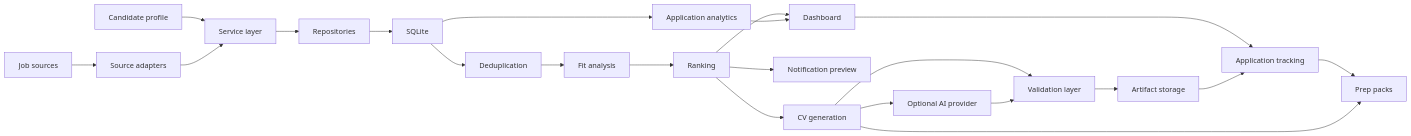
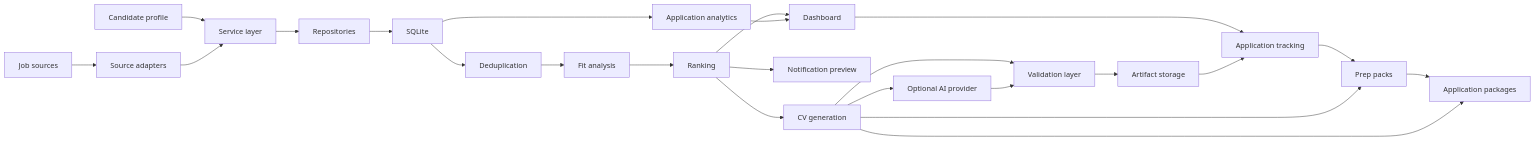
One commit to de-himanshu19/AI_JOB_HUNT_PLATFORM changed the diagram in docs/ARCHITECTURE.md. Above: the diagram before and after it, drawn with Mermaid. The commit also changed other lines of this file and 11 other files, not shown here.

````diff
--- a/docs/ARCHITECTURE.md
+++ b/docs/ARCHITECTURE.md
@@ -9,24 +9,26 @@
 ```mermaid
 flowchart LR
     Profile["Candidate profile"] --> Services["Service layer"]
     Sources["Job sources"] --> Adapters["Source adapters"]
     Adapters --> Services
     Services --> Repos["Repositories"]
     Repos --> DB["SQLite"]
     DB --> Dedup["Deduplication"]
     Dedup --> Analysis["Fit analysis"]
     Analysis --> Ranking["Ranking"]
     Ranking --> Dashboard["Dashboard"]
     DB --> Analytics["Application analytics"]
     Analytics --> Dashboard
     Ranking --> Notify["Notification preview"]
     Ranking --> CV["CV generation"]
     Applications --> Prep["Prep packs"]
+    Prep --> AppPack["Application packages"]
     CV --> Prep
+    CV --> AppPack
     CV --> Validator["Validation layer"]
     Validator --> Artifacts["Artifact storage"]
     CV --> AI["Optional AI provider"]
     AI --> Validator
     Dashboard --> Applications["Application tracking"]
     Artifacts --> Applications
 ```
````
